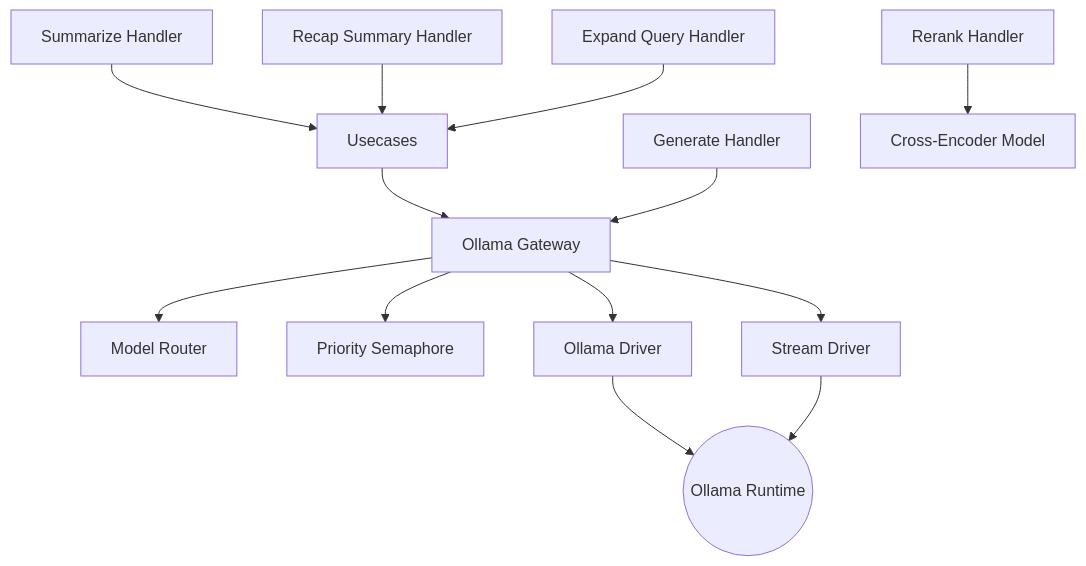
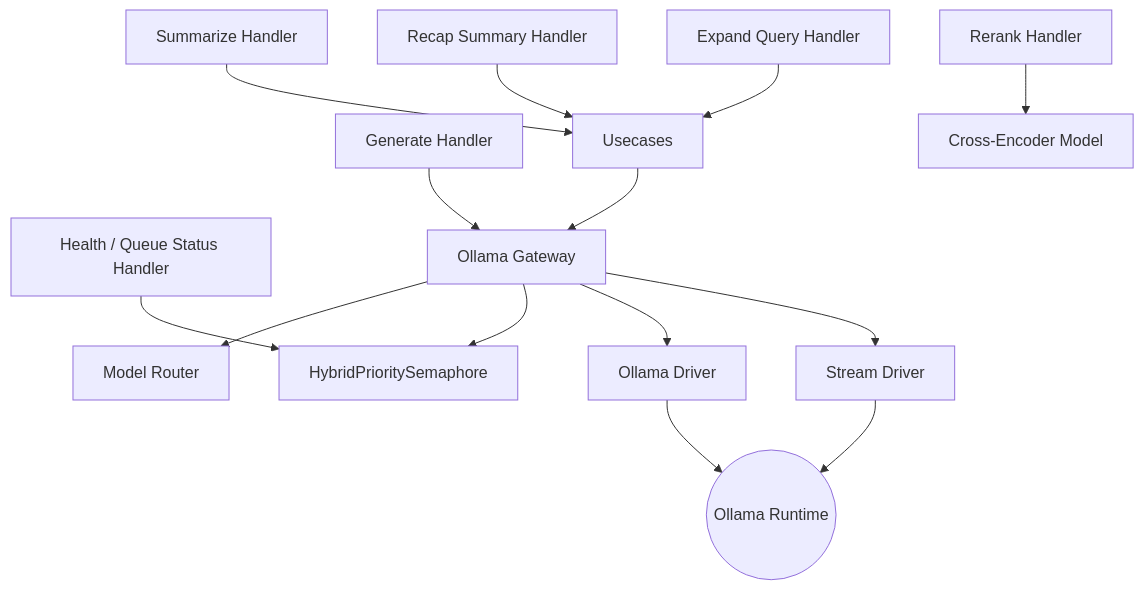
The diagram in docs/services/news-creator.md (Kaikei-e/Alt), drawn with Mermaid before and after one commit. The commit also changed other lines of this file and 29 other files, not shown here.

````diff
--- a/docs/services/news-creator.md
+++ b/docs/services/news-creator.md
@@ -28,27 +29,29 @@
 ```mermaid
 flowchart TD
     Summarize[Summarize Handler]
     Generate[Generate Handler]
     Recap[Recap Summary Handler]
     Expand[Expand Query Handler]
     Rerank[Rerank Handler]
+    Health[Health / Queue Status Handler]
     UseCase[Usecases]
     Gate[Ollama Gateway]
     Router[Model Router]
-    PrioritySem[Priority Semaphore]
+    HybridSem[HybridPrioritySemaphore]
     Driver[Ollama Driver]
     StreamDriver[Stream Driver]
     CrossEncoder[Cross-Encoder Model]
     Ollama((Ollama Runtime))
 
     Summarize --> UseCase
     Recap --> UseCase
     Expand --> UseCase
     UseCase --> Gate
     Gate --> Router
-    Gate --> PrioritySem
+    Gate --> HybridSem
     Gate --> Driver --> Ollama
     Gate --> StreamDriver --> Ollama
     Generate --> Gate
     Rerank --> CrossEncoder
+    Health --> HybridSem
 ```
````
